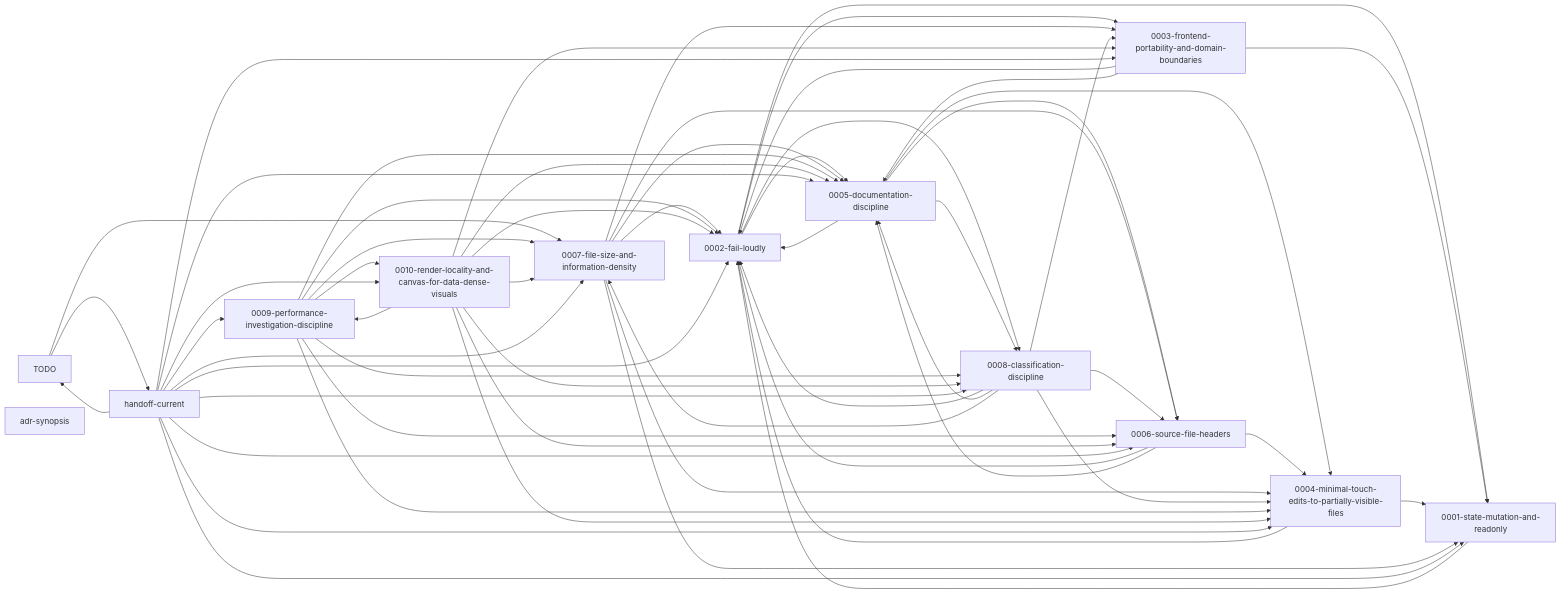
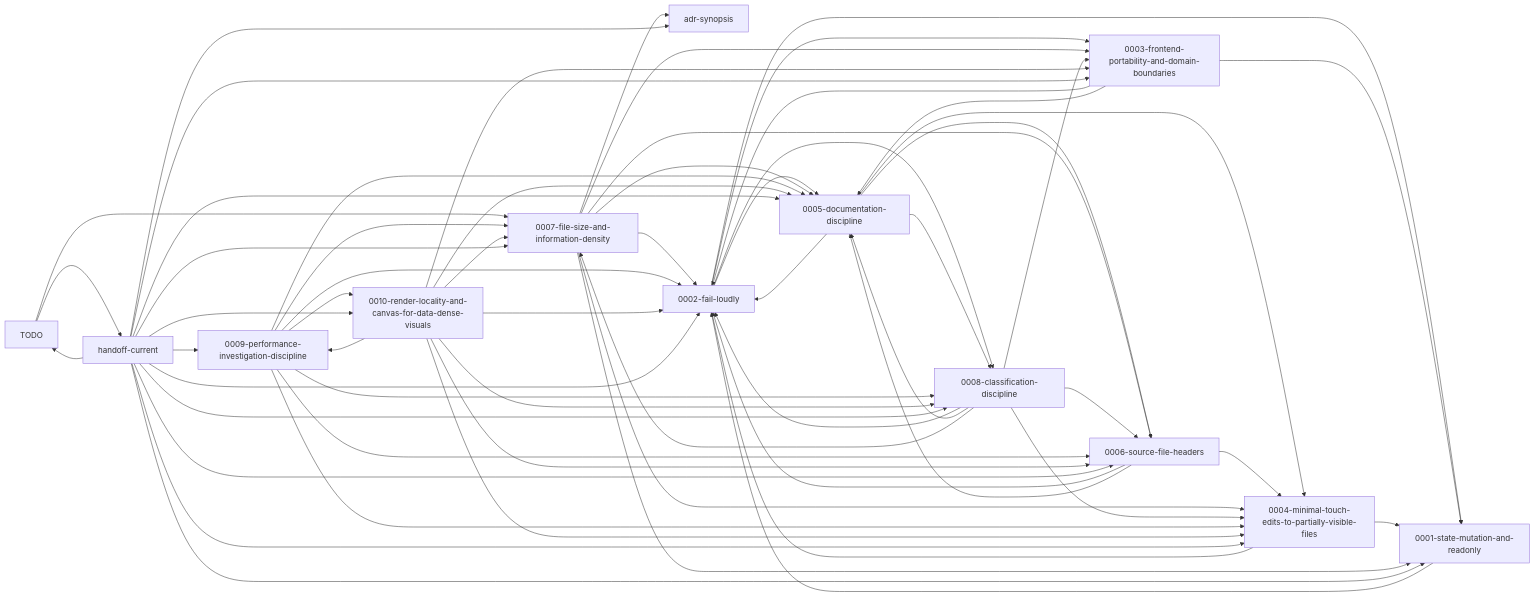
The diagram in docs/doc-graph.md (KodBena/LengYue), drawn with Mermaid before and after one commit. The commit also changed other lines of this file and 3 other files, not shown here.

First line of the commit message:
docs: worklog for the corpus-amendments arc + doc-graph regeneration

````diff
--- a/docs/doc-graph.md
+++ b/docs/doc-graph.md
@@ -81,73 +81,75 @@
 ```mermaid
 flowchart LR
   n0["TODO"]
   n1["adr-synopsis"]
   n2["0001-state-mutation-and-readonly"]
   n3["0002-fail-loudly"]
   n4["0003-frontend-portability-and-domain-boundaries"]
   n5["0004-minimal-touch-edits-to-partially-visible-files"]
   n6["0005-documentation-discipline"]
   n7["0006-source-file-headers"]
   n8["0007-file-size-and-information-density"]
   n9["0008-classification-discipline"]
   n10["0009-performance-investigation-discipline"]
   n11["0010-render-locality-and-canvas-for-data-dense-visuals"]
   n12["handoff-current"]
   n0 --> n8
   n0 --> n12
   n2 --> n3
   n3 --> n2
   n3 --> n6
   n3 --> n9
   n3 --> n4
   n4 --> n2
   n4 --> n3
   n4 --> n6
   n5 --> n3
   n5 --> n2
   n6 --> n3
   n6 --> n5
   n6 --> n9
   n6 --> n7
   n7 --> n3
   n7 --> n5
   n7 --> n6
   n8 --> n3
   n8 --> n5
   n8 --> n6
   n8 --> n7
   n8 --> n2
   n8 --> n4
+  n8 --> n1
   n9 --> n3
   n9 --> n5
   n9 --> n6
   n9 --> n7
   n9 --> n8
   n9 --> n4
   n10 --> n3
   n10 --> n5
   n10 --> n6
   n10 --> n7
   n10 --> n8
   n10 --> n9
   n10 --> n11
   n11 --> n3
   n11 --> n5
   n11 --> n6
   n11 --> n7
   n11 --> n8
   n11 --> n9
   n11 --> n10
   n11 --> n4
   n12 --> n4
   n12 --> n2
   n12 --> n3
+  n12 --> n6
   n12 --> n5
-  n12 --> n6
   n12 --> n7
   n12 --> n8
   n12 --> n9
   n12 --> n10
   n12 --> n11
   n12 --> n0
+  n12 --> n1
 ```
````
